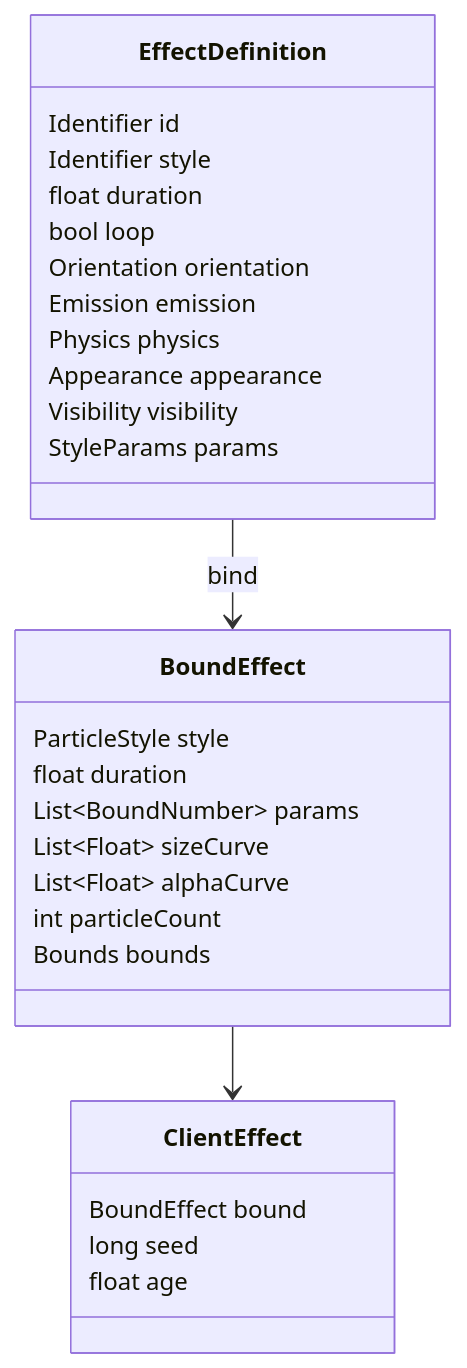
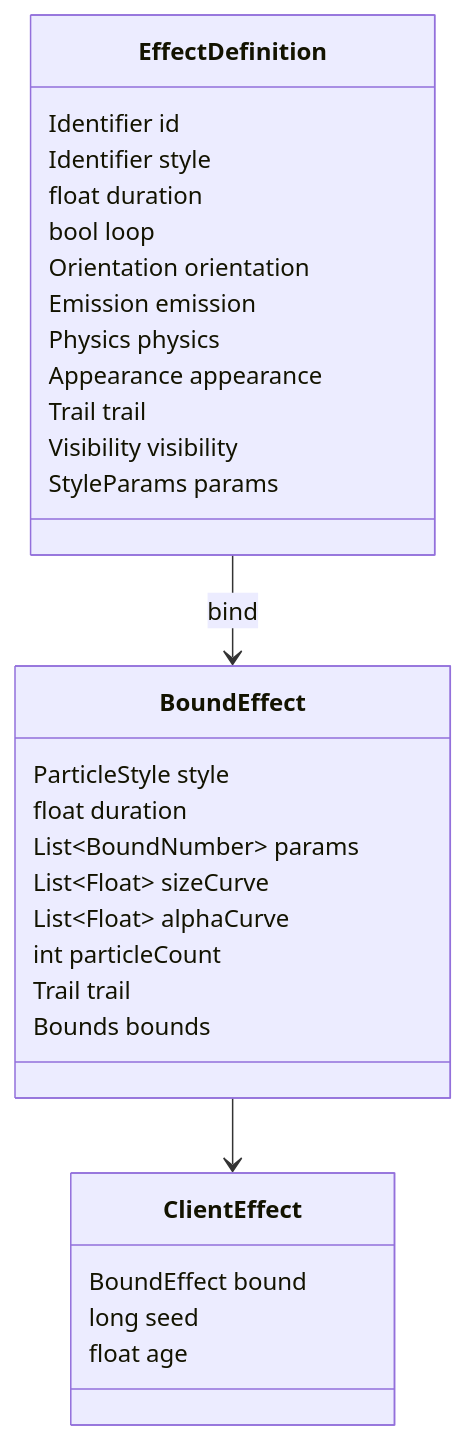
The second of 4 diagrams in docs/架构设计.md (Cookie499/AstrorbitsParticle), drawn with Mermaid before and after one commit. The commit also changed other lines of this file and 12 other files, not shown here.

````diff
--- a/docs/架构设计.md
+++ b/docs/架构设计.md
@@ -99,31 +99,33 @@
 ```mermaid
 classDiagram
   class EffectDefinition {
     Identifier id
     Identifier style
     float duration
     bool loop
     Orientation orientation
     Emission emission
     Physics physics
     Appearance appearance
+    Trail trail
     Visibility visibility
     StyleParams params
   }
   class BoundEffect {
     ParticleStyle style
     float duration
     List~BoundNumber~ params
     List~Float~ sizeCurve
     List~Float~ alphaCurve
     int particleCount
+    Trail trail
     Bounds bounds
   }
   class ClientEffect {
     BoundEffect bound
     long seed
     float age
   }
   EffectDefinition --> BoundEffect : bind
   BoundEffect --> ClientEffect
 ```
````
